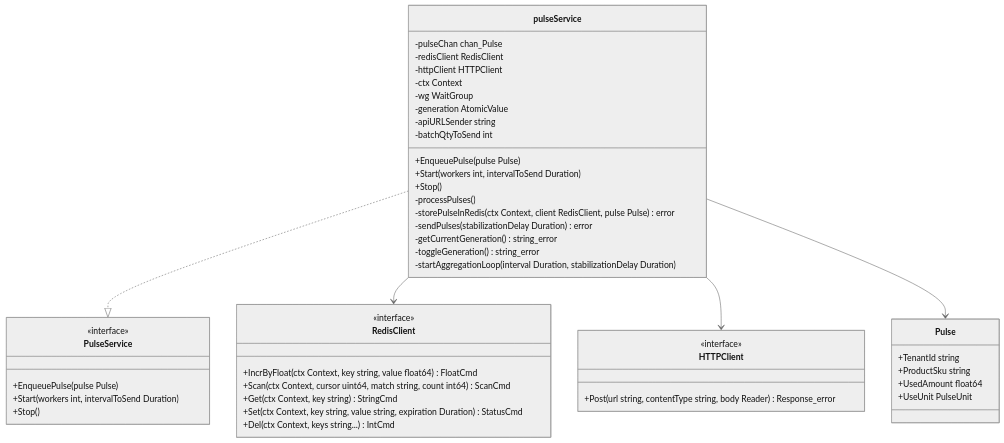
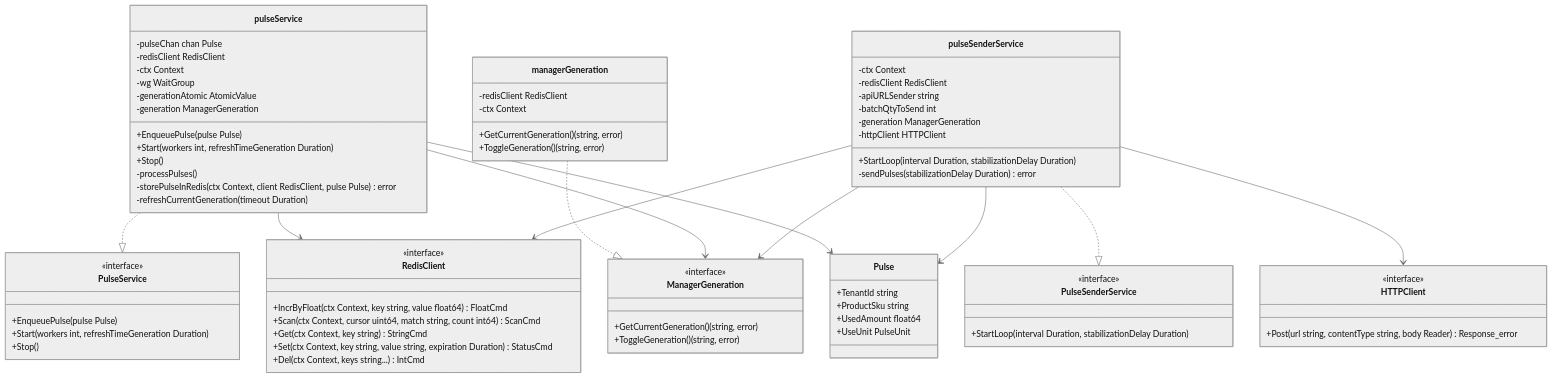
The third of 4 diagrams in README.md (ThalysSilva/ingestor-consumo), drawn with Mermaid (neutral theme) before and after one commit. The commit also changed other lines of this file, not shown here.

````diff
--- a/README.md
+++ b/README.md
@@ -254,28 +243,52 @@
     class PulseService {
         <<interface>>
         +EnqueuePulse(pulse Pulse)
-        +Start(workers int, intervalToSend Duration)
+        +Start(workers int, refreshTimeGeneration Duration)
         +Stop()
     }
 
     class pulseService {
-        -pulseChan chan_Pulse
+        -pulseChan chan Pulse
         -redisClient RedisClient
-        -httpClient HTTPClient
         -ctx Context
         -wg WaitGroup
-        -generation AtomicValue
-        -apiURLSender string
-        -batchQtyToSend int
+        -generationAtomic AtomicValue
+        -generation ManagerGeneration
         +EnqueuePulse(pulse Pulse)
-        +Start(workers int, intervalToSend Duration)
+        +Start(workers int, refreshTimeGeneration Duration)
         +Stop()
         -processPulses()
         -storePulseInRedis(ctx Context, client RedisClient, pulse Pulse) error
+        -refreshCurrentGeneration(timeout Duration)
+    }
+
+    class PulseSenderService {
+        <<interface>>
+        +StartLoop(interval Duration, stabilizationDelay Duration)
+    }
+
+    class pulseSenderService {
+        -ctx Context
+        -redisClient RedisClient
+        -apiURLSender string
+        -batchQtyToSend int
+        -generation ManagerGeneration
+        -httpClient HTTPClient
+        +StartLoop(interval Duration, stabilizationDelay Duration)
         -sendPulses(stabilizationDelay Duration) error
-        -getCurrentGeneration() string_error
-        -toggleGeneration() string_error
-        -startAggregationLoop(interval Duration, stabilizationDelay Duration)
+    }
+
+    class ManagerGeneration {
+        <<interface>>
+        +GetCurrentGeneration() (string, error)
+        +ToggleGeneration() (string, error)
+    }
+
+    class managerGeneration {
+        -redisClient RedisClient
+        -ctx Context
+        +GetCurrentGeneration() (string, error)
+        +ToggleGeneration() (string, error)
     }
 
     class Pulse {
@@ -300,8 +313,14 @@
     }
 
     pulseService ..|> PulseService
+    pulseSenderService ..|> PulseSenderService
+    managerGeneration ..|> ManagerGeneration
     pulseService --> RedisClient
-    pulseService --> HTTPClient
+    pulseService --> ManagerGeneration
+    pulseSenderService --> RedisClient
+    pulseSenderService --> HTTPClient
+    pulseSenderService --> ManagerGeneration
     pulseService --> Pulse
+    pulseSenderService --> Pulse
 
 ```
````
